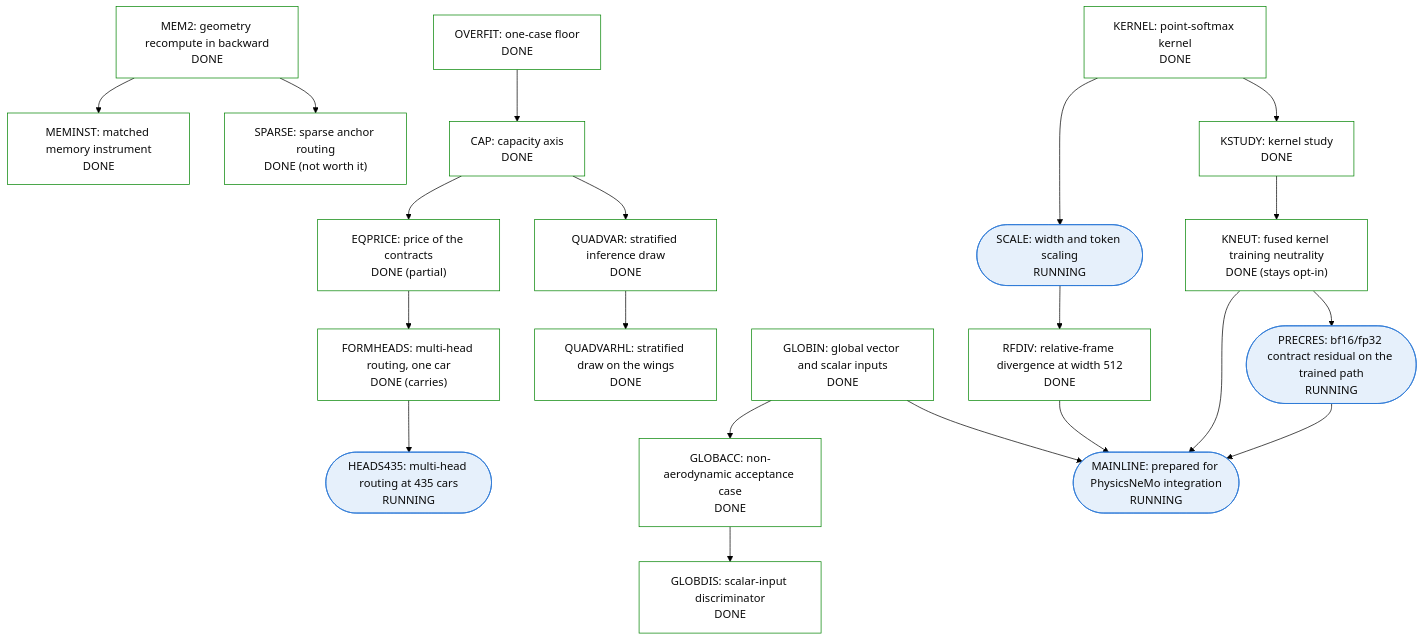
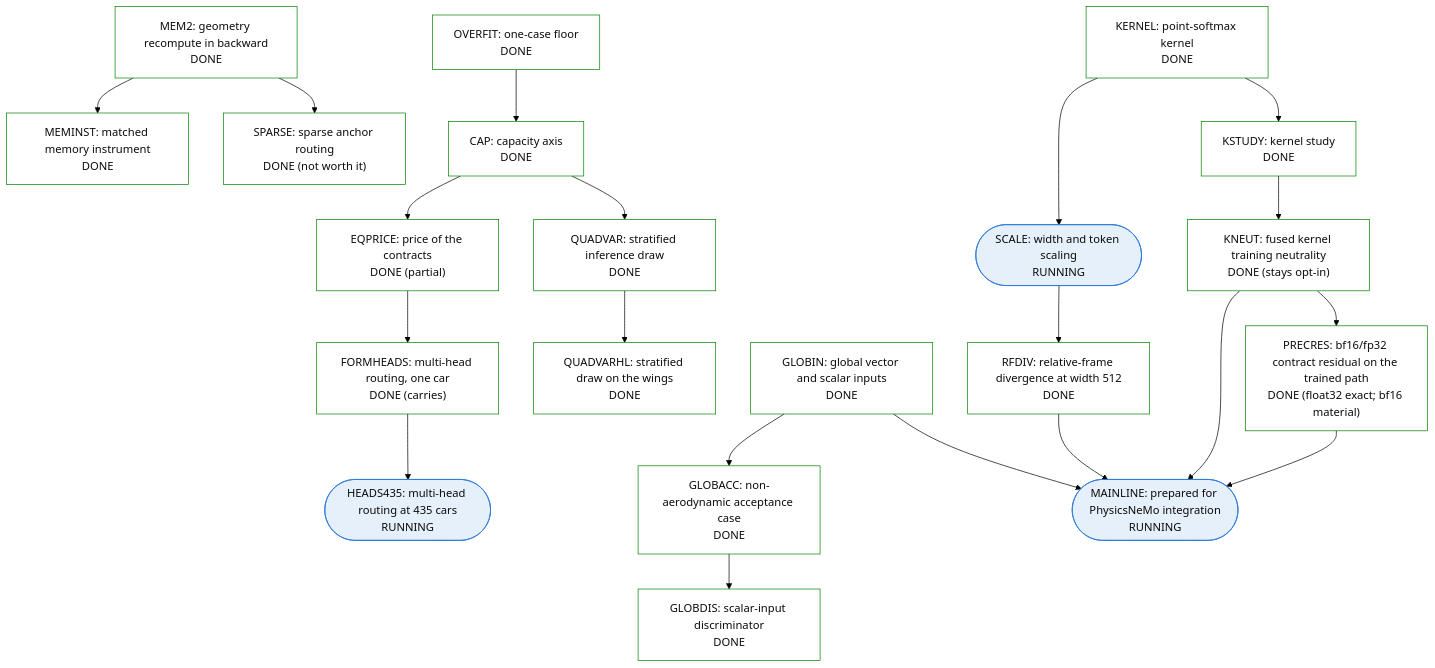
One commit to peterdsharpe/physicsnemo changed the fifth of 5 diagrams in examples/cfd/mesh_transformer/book/13-program-status.qmd. Above: the diagram before and after it, drawn with Mermaid (forest theme). The commit also changed other lines of this file and 8 other files, not shown here.

````diff
--- a/examples/cfd/mesh_transformer/book/13-program-status.qmd
+++ b/examples/cfd/mesh_transformer/book/13-program-status.qmd
@@ -281,50 +281,50 @@
 ```{mermaid}
 %%| fig-cap: >
 %%|   Sub-tree 5: cost, scale, deficit anatomy and mainline. HEADS435 is the
 %%|   one node RUNNING with a bar that could change the reference
 %%|   configuration; MAINLINE is the productization node.
 flowchart TB
     classDef done fill:#ffffff,stroke:#008300,color:#0b0b0b
     classDef running fill:#e6f0fb,stroke:#2a78d6,color:#0b0b0b
     classDef planned fill:#ffffff,stroke:#898781,color:#0b0b0b,stroke-dasharray:4 3
     classDef stopped fill:#f4f3ee,stroke:#52514e,color:#0b0b0b
     MEM2["MEM2: geometry recompute in backward<br/>DONE"]:::done
     MEMINST["MEMINST: matched memory instrument<br/>DONE"]:::done
     SPARSE["SPARSE: sparse anchor routing<br/>DONE (not worth it)"]:::done
     KERNEL["KERNEL: point-softmax kernel<br/>DONE"]:::done
     KSTUDY["KSTUDY: kernel study<br/>DONE"]:::done
     KNEUT["KNEUT: fused kernel training neutrality<br/>DONE (stays opt-in)"]:::done
     SCALE(["SCALE: width and token scaling<br/>RUNNING"]):::running
     RFDIV["RFDIV: relative-frame divergence at width 512<br/>DONE"]:::done
     OVERFIT["OVERFIT: one-case floor<br/>DONE"]:::done
     CAP["CAP: capacity axis<br/>DONE"]:::done
     QUADVAR["QUADVAR: stratified inference draw<br/>DONE"]:::done
     QUADVARHL["QUADVARHL: stratified draw on the wings<br/>DONE"]:::done
     EQPRICE["EQPRICE: price of the contracts<br/>DONE (partial)"]:::done
     FORMHEADS["FORMHEADS: multi-head routing, one car<br/>DONE (carries)"]:::done
     HEADS435(["HEADS435: multi-head routing at 435 cars<br/>RUNNING"]):::running
     GLOBIN["GLOBIN: global vector and scalar inputs<br/>DONE"]:::done
     GLOBACC["GLOBACC: non-aerodynamic acceptance case<br/>DONE"]:::done
     GLOBDIS["GLOBDIS: scalar-input discriminator<br/>DONE"]:::done
     MAINLINE(["MAINLINE: prepared for PhysicsNeMo integration<br/>RUNNING"]):::running
-    PRECRES(["PRECRES: bf16/fp32 contract residual on the trained path<br/>RUNNING"]):::running
+    PRECRES["PRECRES: bf16/fp32 contract residual on the trained path<br/>DONE (float32 exact; bf16 material)"]:::done
     MEM2 --> MEMINST
     MEM2 --> SPARSE
     KERNEL --> KSTUDY
     KSTUDY --> KNEUT
     KERNEL --> SCALE
     SCALE --> RFDIV
     OVERFIT --> CAP
     CAP --> QUADVAR
     QUADVAR --> QUADVARHL
     CAP --> EQPRICE
     EQPRICE --> FORMHEADS
     FORMHEADS --> HEADS435
     GLOBIN --> GLOBACC
     GLOBACC --> GLOBDIS
     GLOBIN --> MAINLINE
     RFDIV --> MAINLINE
     KNEUT --> MAINLINE
     KNEUT --> PRECRES
     PRECRES --> MAINLINE
 ```
````
